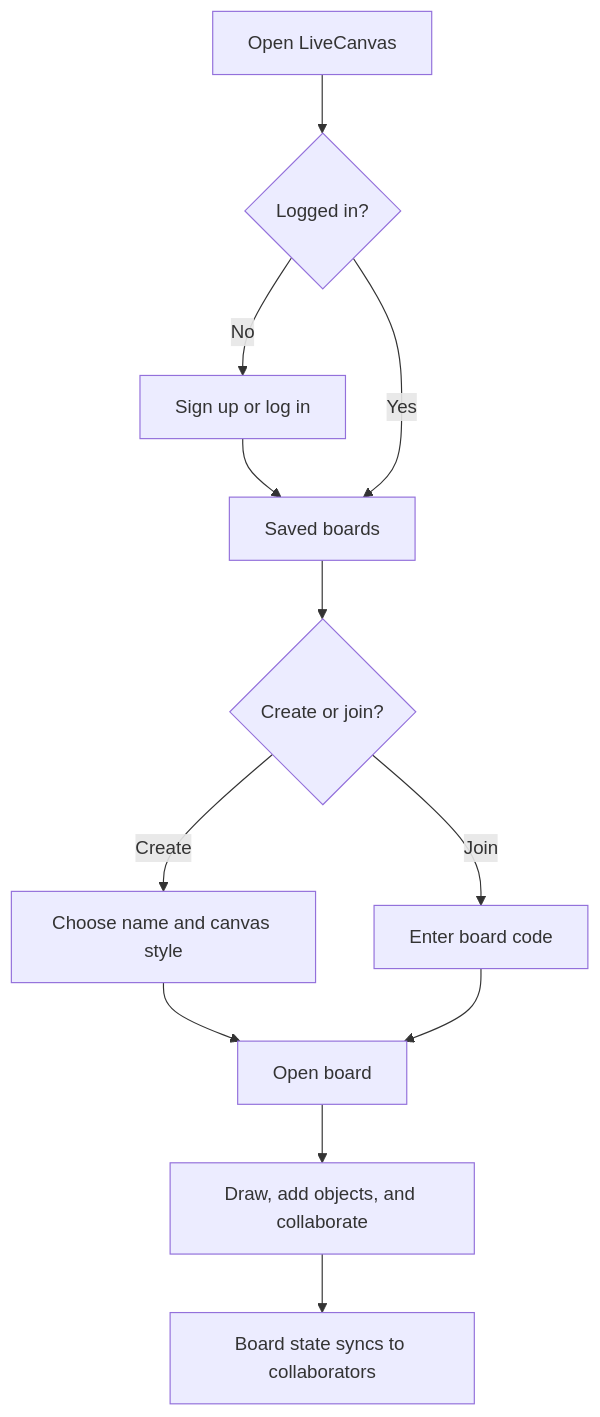
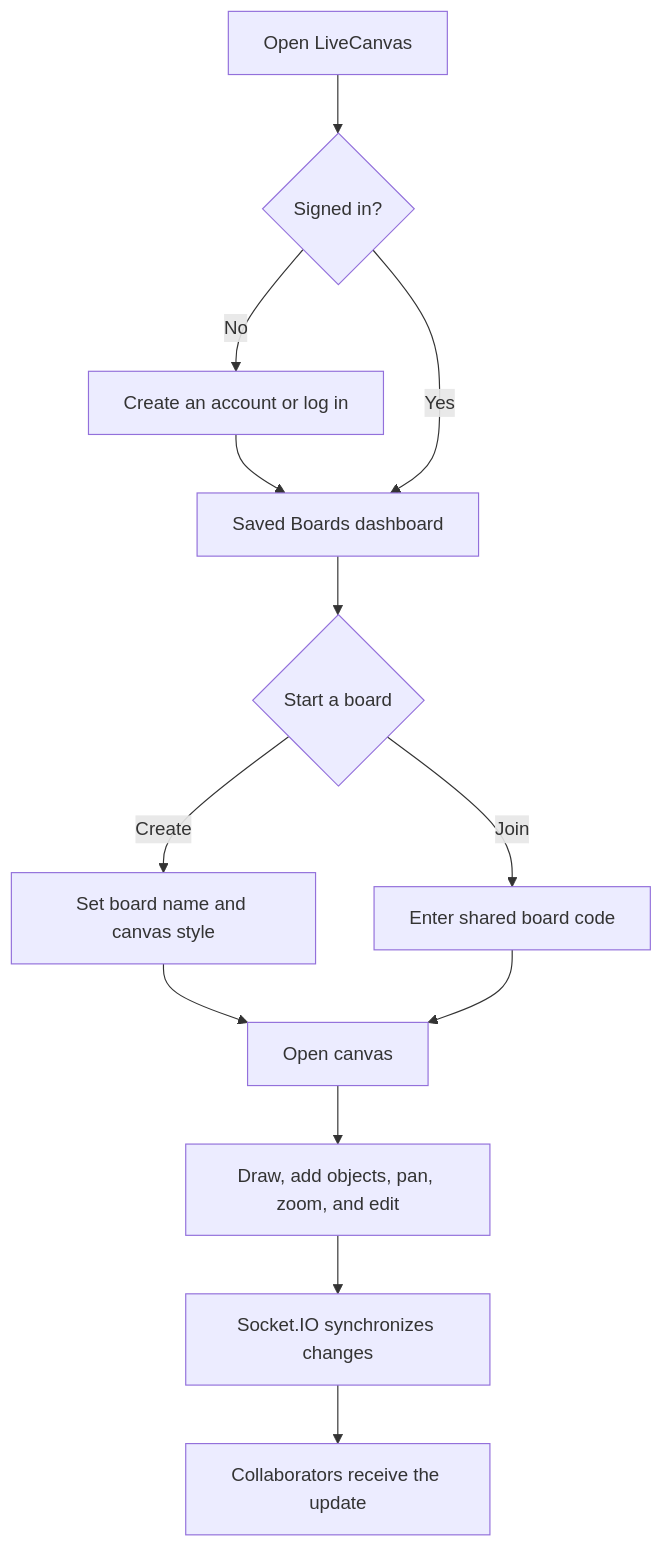
One commit to RobinChahal0010/Live-Canvas changed the first of 3 diagrams in README.md. Above: the diagram before and after it, drawn with Mermaid. The commit also changed other lines of this file, not shown here.

````diff
--- a/README.md
+++ b/README.md
@@ -16,14 +21,15 @@
 ```mermaid
 flowchart TD
-    A[Open LiveCanvas] --> B{Logged in?}
-    B -- No --> C[Sign up or log in]
-    C --> D[Saved boards]
+    A[Open LiveCanvas] --> B{Signed in?}
+    B -- No --> C[Create an account or log in]
+    C --> D[Saved Boards dashboard]
     B -- Yes --> D
-    D --> E{Create or join?}
-    E -- Create --> F[Choose name and canvas style]
-    E -- Join --> G[Enter board code]
-    F --> H[Open board]
+    D --> E{Start a board}
+    E -- Create --> F[Set board name and canvas style]
+    E -- Join --> G[Enter shared board code]
+    F --> H[Open canvas]
     G --> H
-    H --> I[Draw, add objects, and collaborate]
-    I --> J[Board state syncs to collaborators]
+    H --> I[Draw, add objects, pan, zoom, and edit]
+    I --> J[Socket.IO synchronizes changes]
+    J --> K[Collaborators receive the update]
 ```
````
